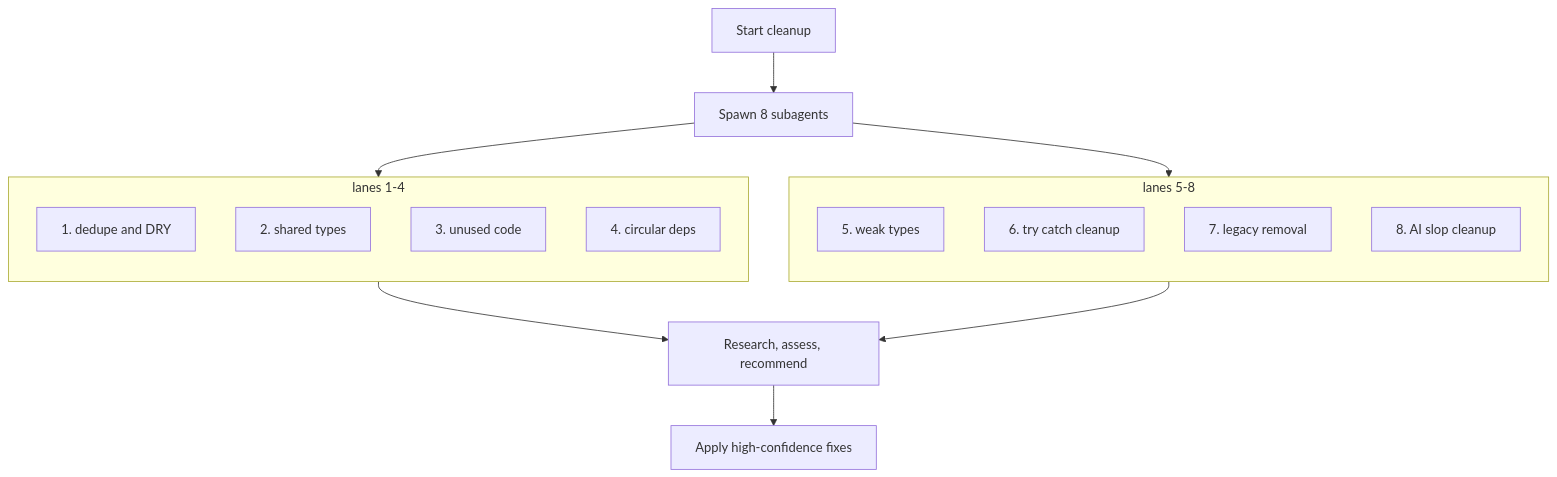
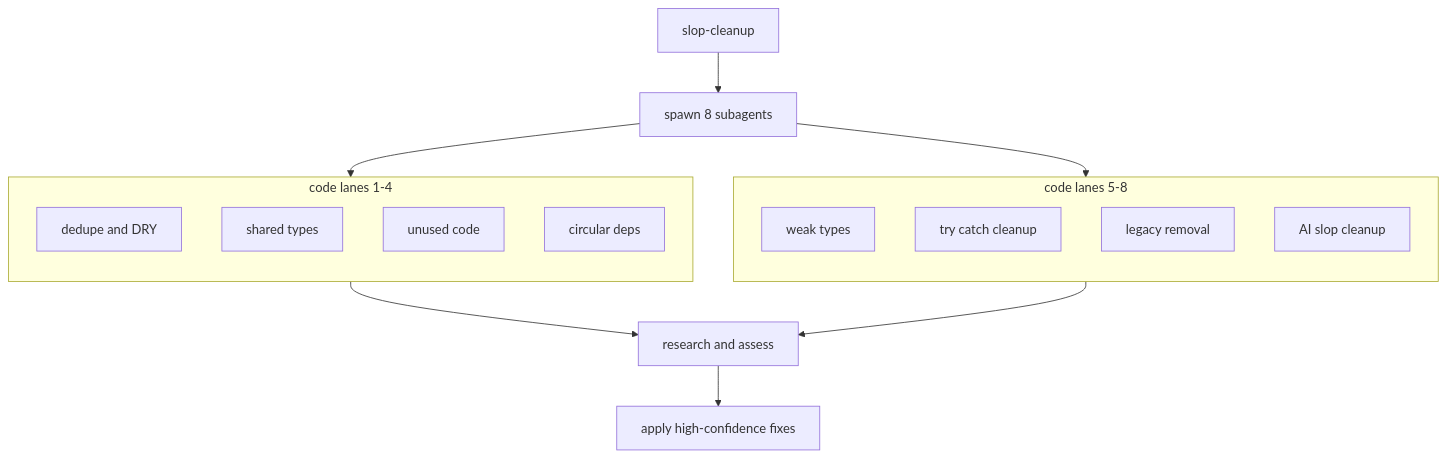
Before and after one commit to jasperdevs/slop-cleanup: the first of 2 diagrams in README.md, drawn with Mermaid. The commit also changed other lines of this file and 4 other files, not shown here.

Commit message:
Split repo into code and UI cleanup skills

````diff
--- a/README.md
+++ b/README.md
@@ -15,26 +29,26 @@
 ```mermaid
 flowchart TD
-    A[Start cleanup] --> B[Spawn 8 subagents]
+    A[slop-cleanup] --> B[spawn 8 subagents]
     B --> L
     B --> R
 
-    subgraph L[lanes 1-4]
+    subgraph L[code lanes 1-4]
         direction TB
-        L1[1. dedupe and DRY]
-        L2[2. shared types]
-        L3[3. unused code]
-        L4[4. circular deps]
+        L1[dedupe and DRY]
+        L2[shared types]
+        L3[unused code]
+        L4[circular deps]
     end
 
-    subgraph R[lanes 5-8]
+    subgraph R[code lanes 5-8]
         direction TB
-        R1[5. weak types]
-        R2[6. try catch cleanup]
-        R3[7. legacy removal]
-        R4[8. AI slop cleanup]
+        R1[weak types]
+        R2[try catch cleanup]
+        R3[legacy removal]
+        R4[AI slop cleanup]
     end
 
-    L --> C[Research, assess, recommend]
+    L --> C[research and assess]
     R --> C
-    C --> D[Apply high-confidence fixes]
+    C --> D[apply high-confidence fixes]
 ```
````
